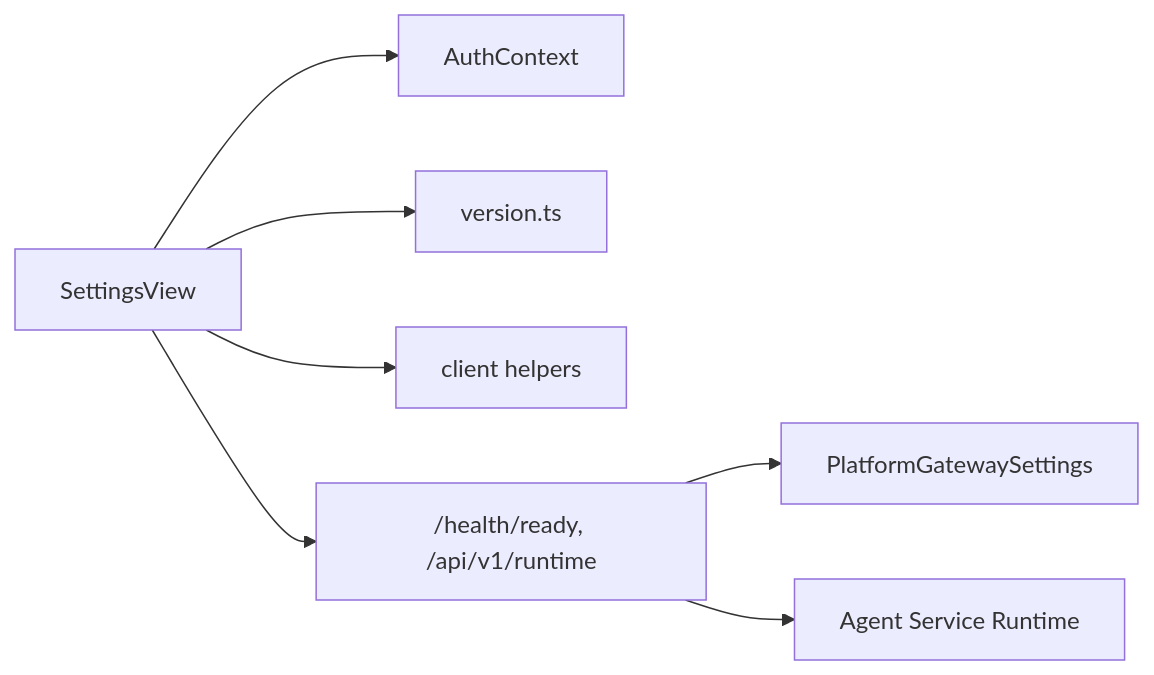
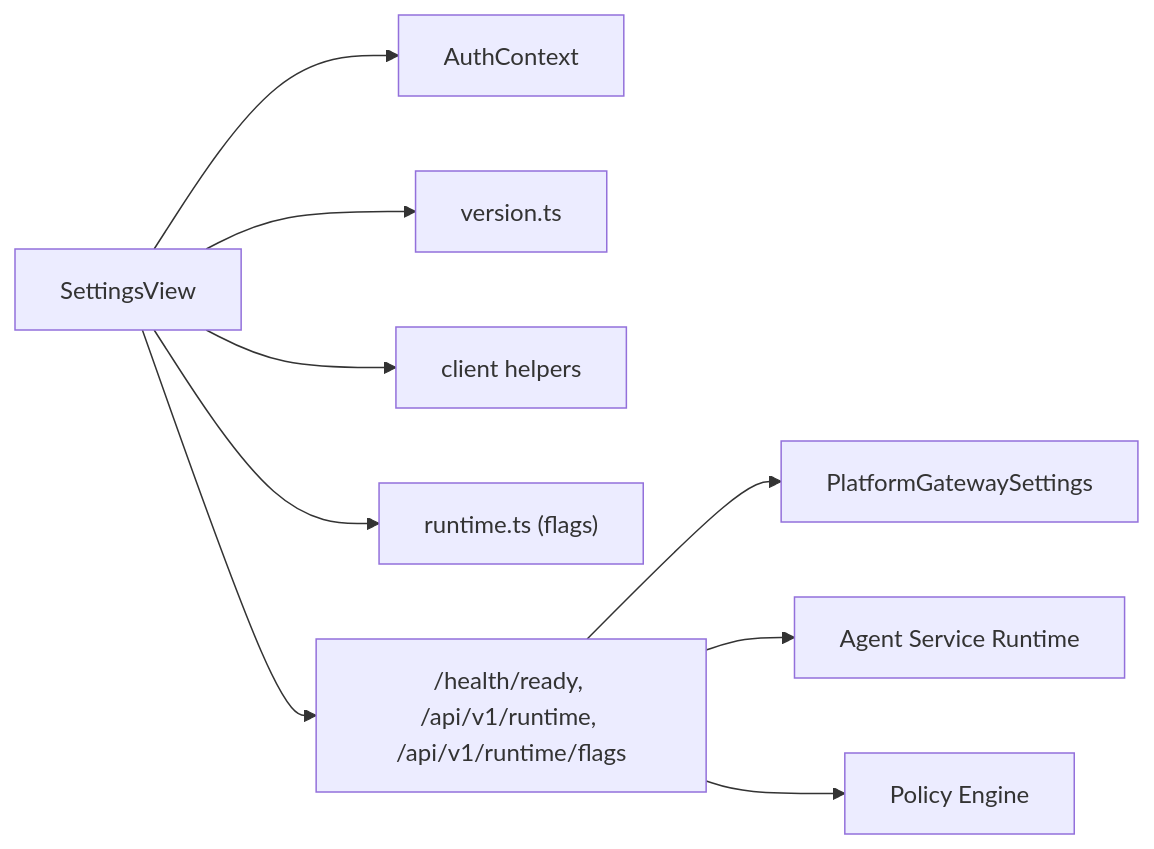
One commit to metasync/luban-aiops changed the ninth of 9 diagrams in .qoder/repowiki/en/content/Operator Portal/Settings & Configuration.md. Above: the diagram before and after it, drawn with Mermaid. The commit also changed other lines of this file and 6 other files, not shown here.

````diff
--- a/.qoder/repowiki/en/content/Operator Portal/Settings & Configuration.md
+++ b/.qoder/repowiki/en/content/Operator Portal/Settings & Configuration.md
@@ -259,9 +334,11 @@
 ```mermaid
 graph LR
 SV["SettingsView"] --> AC["AuthContext"]
 SV --> VER["version.ts"]
 SV --> API["client helpers"]
-SV --> GW["/health/ready, /api/v1/runtime"]
+SV --> RF["runtime.ts (flags)"]
+SV --> GW["/health/ready, /api/v1/runtime, /api/v1/runtime/flags"]
 GW --> CFG["PlatformGatewaySettings"]
 GW --> AG["Agent Service Runtime"]
+GW --> POL["Policy Engine"]
 ```
````
